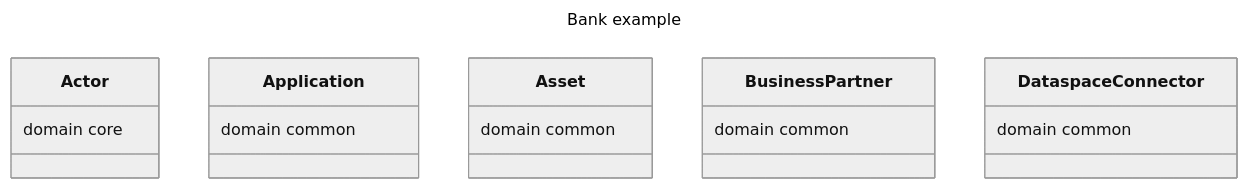
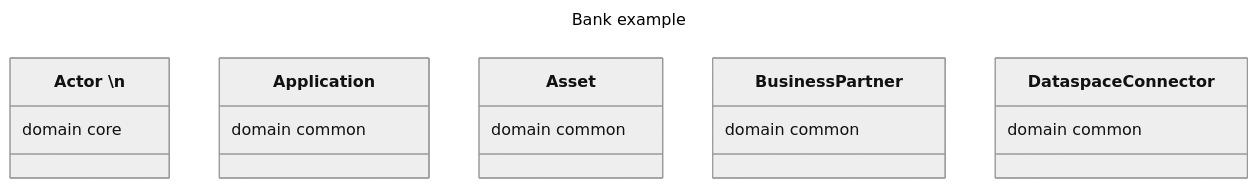
The diagram in docs/ontology_governance_process.md (eclipse-tractusx/sldt-ontology-model), drawn with Mermaid (neutral theme) before and after one commit.

Commit message:
Changes for the standard.

````diff
--- a/docs/ontology_governance_process.md
+++ b/docs/ontology_governance_process.md
@@ -95,17 +95,17 @@
 ```mermaid
 ---
 title: Bank example
 ---
 
 classDiagram
-   class Actor
+   class Actor["Actor \n <core>"]
    Actor : domain core
    class Application
    Application : domain common
    class Asset
    Asset : domain common
    class BusinessPartner
    BusinessPartner : domain common
    class DataspaceConnector
    DataspaceConnector : domain common
 ```
````
